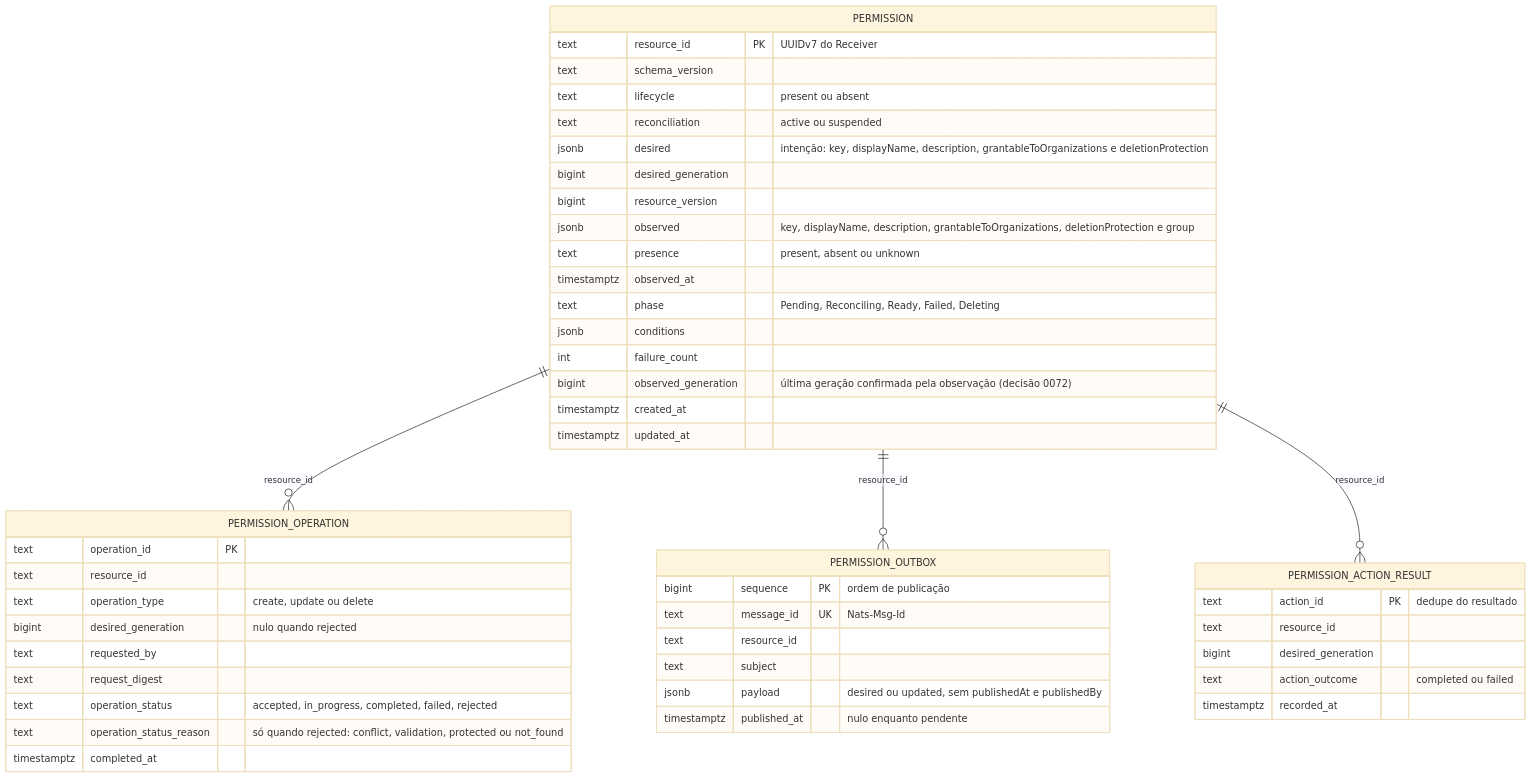
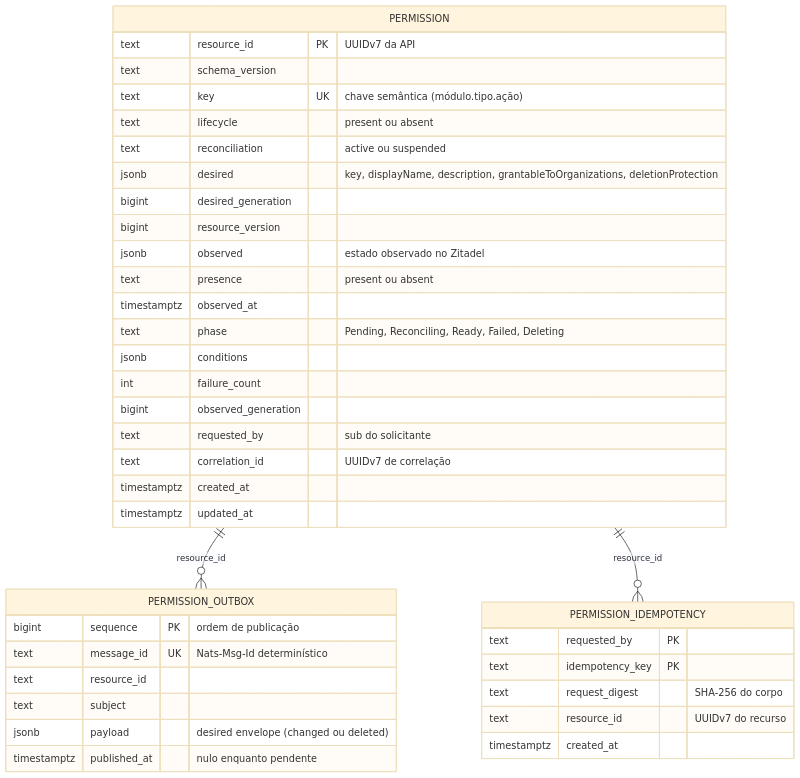
Before and after one commit to danielsabatini/smarkee: the diagram in features/ipm/permission/docs/database/01-er-fisico.mmd, drawn with Mermaid (base theme). The commit also changed 86 other files, not shown here.

Commit message:
docs(ipm): atualiza diagramas e fluxo de dados de organization, permission, user e serviceaccount

```diff
--- a/features/ipm/permission/docs/database/01-er-fisico.mmd
+++ b/features/ipm/permission/docs/database/01-er-fisico.mmd
@@ -1,49 +1,40 @@
 erDiagram
-    PERMISSION ||--o{ PERMISSION_OPERATION : "resource_id"
     PERMISSION ||--o{ PERMISSION_OUTBOX : "resource_id"
-    PERMISSION ||--o{ PERMISSION_ACTION_RESULT : "resource_id"
+    PERMISSION ||--o{ PERMISSION_IDEMPOTENCY : "resource_id"
 
     PERMISSION {
-        text resource_id PK "UUIDv7 do Receiver"
+        text resource_id PK "UUIDv7 da API"
         text schema_version
+        text key UK "chave semântica (módulo.tipo.ação)"
         text lifecycle "present ou absent"
         text reconciliation "active ou suspended"
-        jsonb desired "intenção: key, displayName, description, grantableToOrganizations e deletionProtection"
+        jsonb desired "key, displayName, description, grantableToOrganizations, deletionProtection"
         bigint desired_generation
         bigint resource_version
-        jsonb observed "key, displayName, description, grantableToOrganizations, deletionProtection e group"
-        text presence "present, absent ou unknown"
+        jsonb observed "estado observado no Zitadel"
+        text presence "present ou absent"
         timestamptz observed_at
         text phase "Pending, Reconciling, Ready, Failed, Deleting"
         jsonb conditions
         int failure_count
-        bigint observed_generation "última geração confirmada pela observação (decisão 0072)"
+        bigint observed_generation
+        text requested_by "sub do solicitante"
+        text correlation_id "UUIDv7 de correlação"
         timestamptz created_at
         timestamptz updated_at
     }
-    PERMISSION_OPERATION {
-        text operation_id PK
-        text resource_id
-        text operation_type "create, update ou delete"
-        bigint desired_generation "nulo quando rejected"
-        text requested_by
-        text request_digest
-        text operation_status "accepted, in_progress, completed, failed, rejected"
-        text operation_status_reason "só quando rejected: conflict, validation, protected ou not_found"
-        timestamptz completed_at
-    }
     PERMISSION_OUTBOX {
         bigint sequence PK "ordem de publicação"
-        text message_id UK "Nats-Msg-Id"
+        text message_id UK "Nats-Msg-Id determinístico"
         text resource_id
         text subject
-        jsonb payload "desired ou updated, sem publishedAt e publishedBy"
+        jsonb payload "desired envelope (changed ou deleted)"
         timestamptz published_at "nulo enquanto pendente"
     }
-    PERMISSION_ACTION_RESULT {
-        text action_id PK "dedupe do resultado"
-        text resource_id
-        bigint desired_generation
-        text action_outcome "completed ou failed"
-        timestamptz recorded_at
+    PERMISSION_IDEMPOTENCY {
+        text requested_by PK
+        text idempotency_key PK
+        text request_digest "SHA-256 do corpo"
+        text resource_id "UUIDv7 do recurso"
+        timestamptz created_at
     }
```
